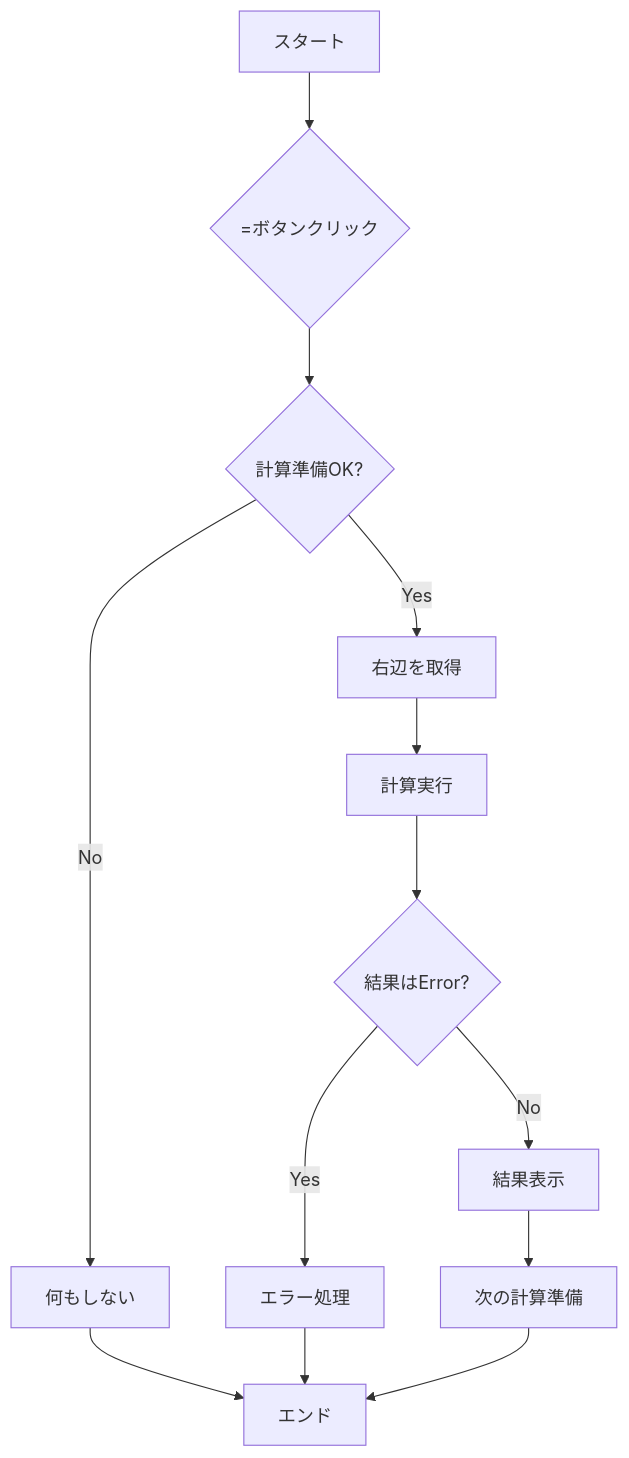
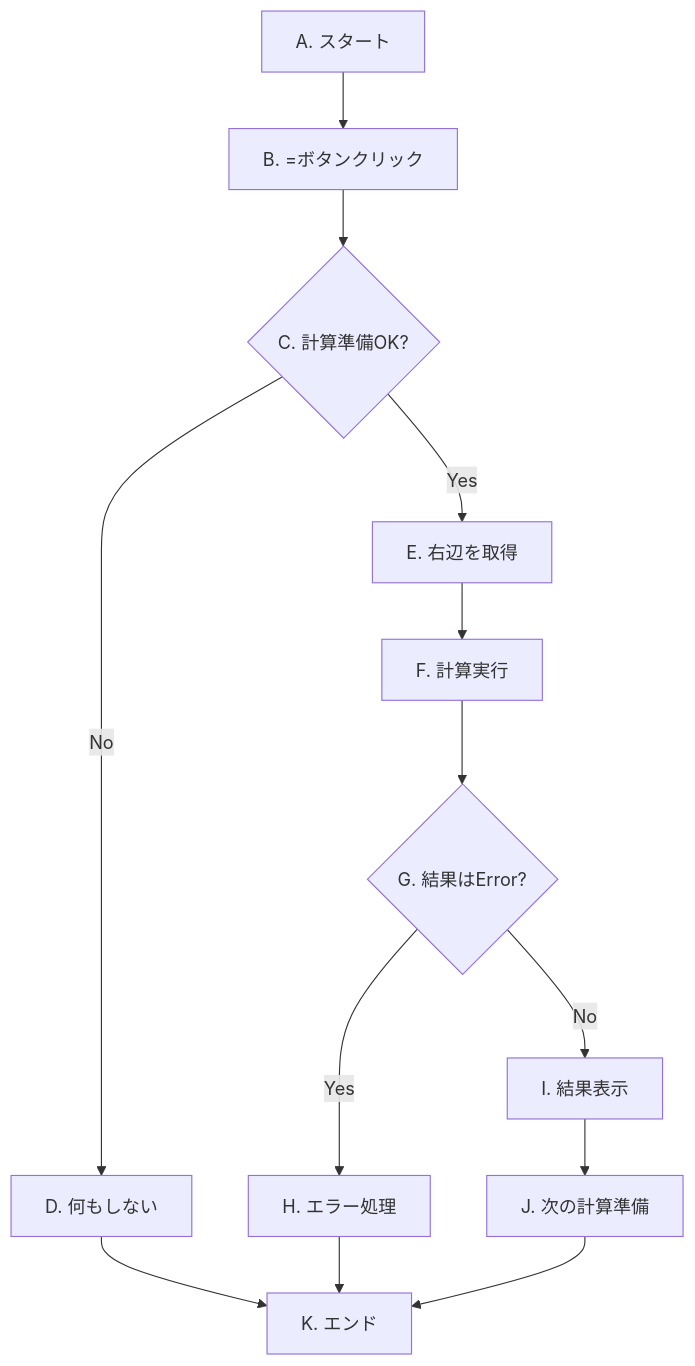
The third of 4 diagrams in README.md (jun1waka/OIC2025-Front03), drawn with Mermaid before and after one commit. The commit also changed other lines of this file, not shown here.

````diff
--- a/README.md
+++ b/README.md
@@ -336,13 +336,13 @@
 ```mermaid
 graph TD
-    A["スタート"] --> B{"=ボタンクリック"};
-    B --> C{"計算準備OK?"};
-    C -- No --> D["何もしない"];
-    C -- Yes --> E["右辺を取得"];
-    E --> F["計算実行"];
-    F --> G{"結果はError?"};
-    G -- Yes --> H["エラー処理"];
-    G -- No --> I["結果表示"];
-    I --> J["次の計算準備"];
-    D & H & J --> K["エンド"];
+    A["A. スタート"] --> B["B. =ボタンクリック"];
+    B --> C{"C. 計算準備OK?"};
+    C -- No --> D["D. 何もしない"];
+    C -- Yes --> E["E. 右辺を取得"];
+    E --> F["F. 計算実行"];
+    F --> G{"G. 結果はError?"};
+    G -- Yes --> H["H. エラー処理"];
+    G -- No --> I["I. 結果表示"];
+    I --> J["J. 次の計算準備"];
+    D & H & J --> K["K. エンド"];
 ```
````
